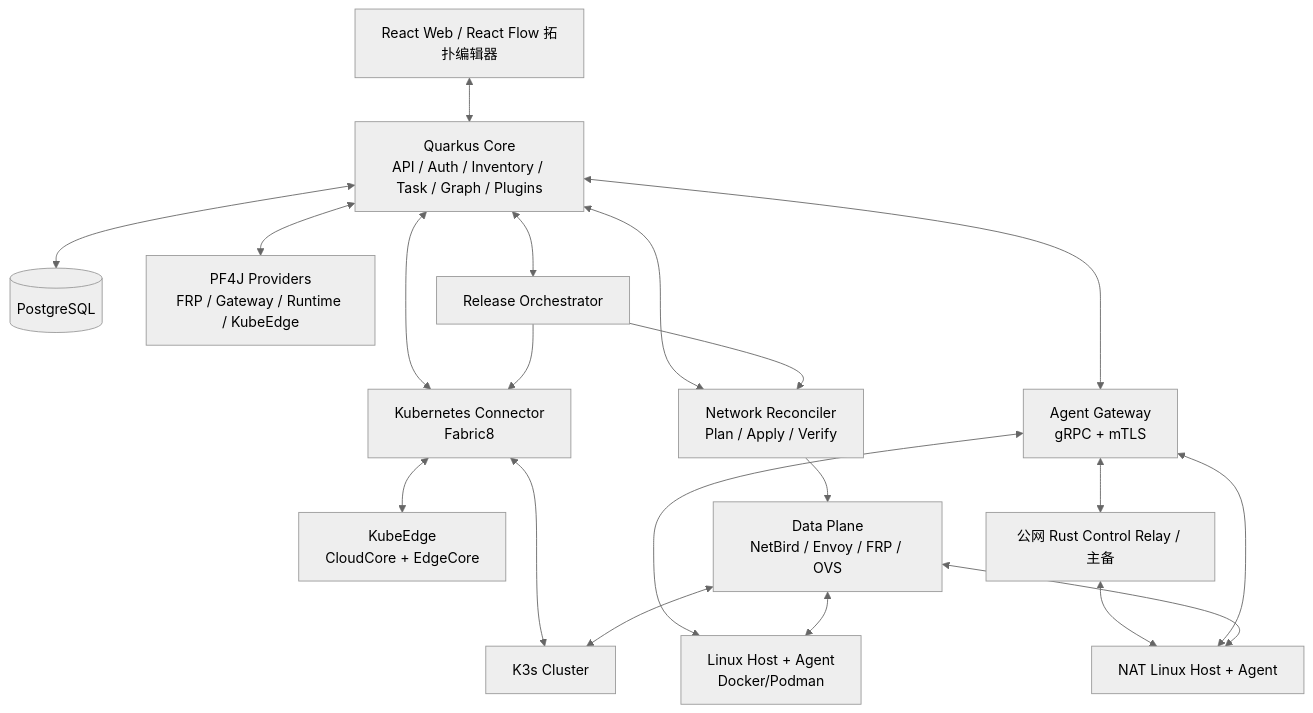
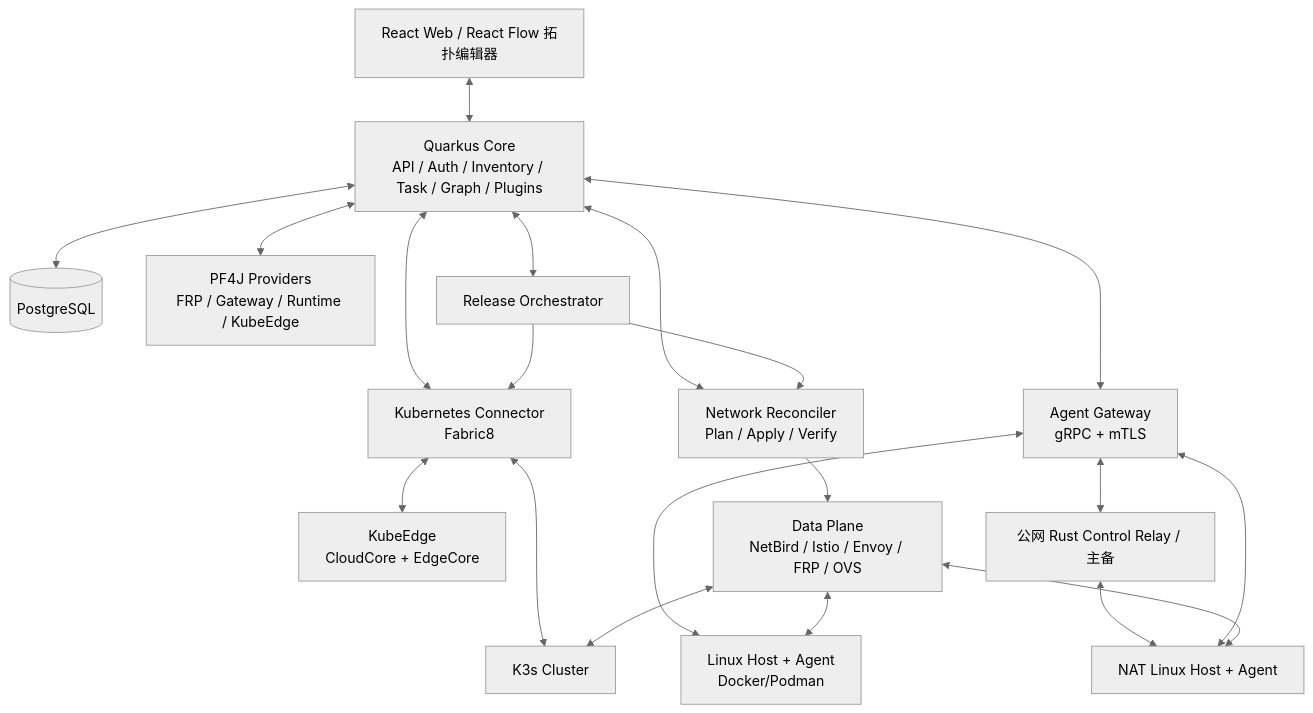
The diagram in PROJECT_PLAN.md (GeekCoreLab/nanpanel), drawn with Mermaid (neutral theme) before and after one commit. The commit also changed other lines of this file and 79 other files, not shown here.

````diff
--- a/PROJECT_PLAN.md
+++ b/PROJECT_PLAN.md
@@ -65,35 +65,35 @@
 ```mermaid
 flowchart TB
     UI[React Web / React Flow 拓扑编辑器]
     CORE[Quarkus Core\nAPI / Auth / Inventory / Task / Graph / Plugins]
     PG[(PostgreSQL)]
     PLUG[PF4J Providers\nFRP / Gateway / Runtime / KubeEdge]
     AGW[Agent Gateway\ngRPC + mTLS]
     KCON[Kubernetes Connector\nFabric8]
     NC[Network Reconciler\nPlan / Apply / Verify]
     REL[Release Orchestrator]
     H1[Linux Host + Agent\nDocker/Podman]
     H2[NAT Linux Host + Agent]
     K3[K3s Cluster]
     KE[KubeEdge\nCloudCore + EdgeCore]
-    DP[Data Plane\nNetBird / Envoy / FRP / OVS]
+    DP[Data Plane\nNetBird / Istio / Envoy / FRP / OVS]
     UI <--> CORE
     CORE <--> PG
     CORE <--> PLUG
     CORE <--> AGW
     AGW <--> CR[公网 Rust Control Relay / 主备]
     CR <--> H2
     CORE <--> KCON
     CORE <--> NC
     CORE <--> REL
     AGW <--> H1
     AGW <--> H2
     KCON <--> K3
     KCON <--> KE
     NC --> DP
     REL --> KCON
     REL --> NC
     DP <--> H1
     DP <--> H2
     DP <--> K3
 ```
````
